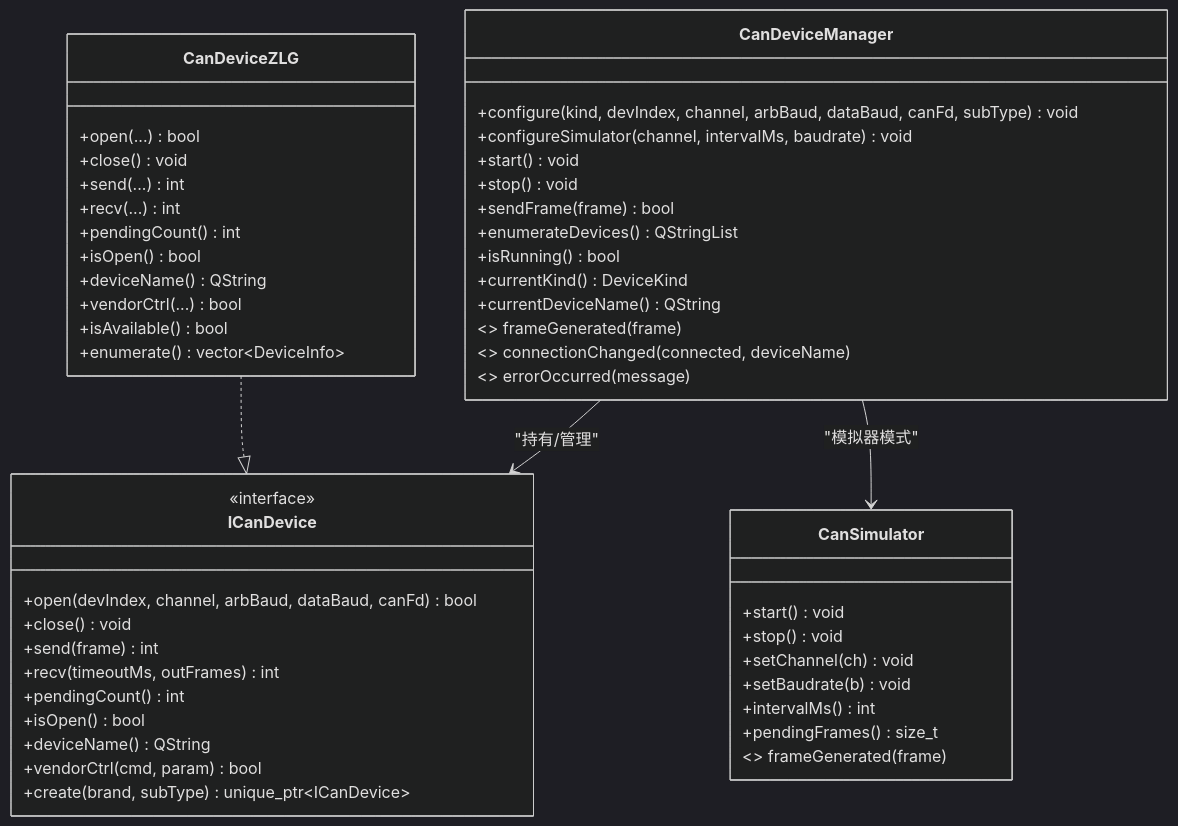
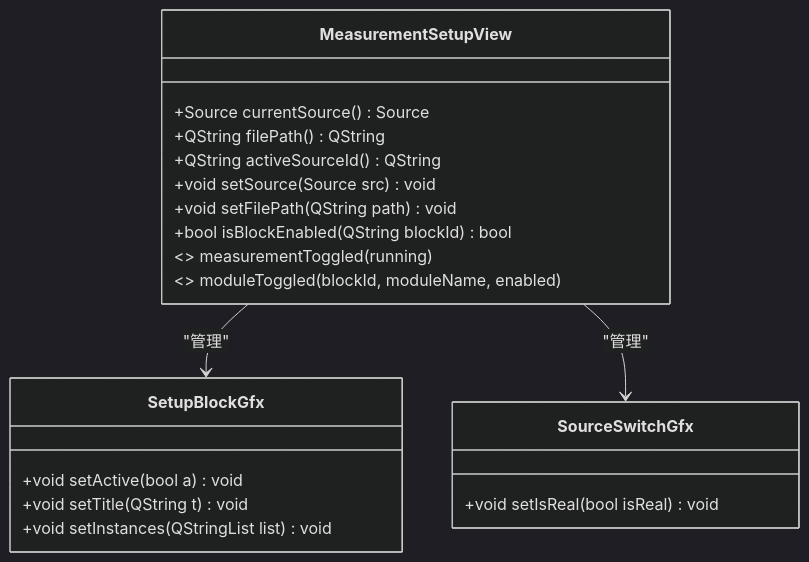
The fourth of 5 diagrams in .qoder/repowiki/zh/content/架构设计/UI系统设计/设备连接界面.md (jakecai1225-design/OpenBus), drawn with Mermaid (dark theme) before and after one commit. The commit also changed other lines of this file and 27 other files, not shown here.

````diff
--- a/.qoder/repowiki/zh/content/架构设计/UI系统设计/设备连接界面.md
+++ b/.qoder/repowiki/zh/content/架构设计/UI系统设计/设备连接界面.md
@@ -221,53 +239,23 @@
 ```mermaid
 classDiagram
-class CanDeviceManager {
-+configure(kind, devIndex, channel, arbBaud, dataBaud, canFd, subType) void
-+configureSimulator(channel, intervalMs, baudrate) void
-+start() void
-+stop() void
-+sendFrame(frame) bool
-+enumerateDevices() QStringList
-+isRunning() bool
-+currentKind() DeviceKind
-+currentDeviceName() QString
-<<signals>> frameGenerated(frame)
-<<signals>> connectionChanged(connected, deviceName)
-<<signals>> errorOccurred(message)
+class MeasurementSetupView {
++Source currentSource() Source
++QString filePath() QString
++QString activeSourceId() QString
++void setSource(Source src) void
++void setFilePath(QString path) void
++bool isBlockEnabled(QString blockId) bool
+<<signals>> measurementToggled(running)
+<<signals>> moduleToggled(blockId, moduleName, enabled)
 }
-class ICanDevice {
-<<interface>>
-+open(devIndex, channel, arbBaud, dataBaud, canFd) bool
-+close() void
-+send(frame) int
-+recv(timeoutMs, outFrames) int
-+pendingCount() int
-+isOpen() bool
-+deviceName() QString
-+vendorCtrl(cmd, param) bool
-+create(brand, subType) unique_ptr~ICanDevice~
+class SetupBlockGfx {
++void setActive(bool a) void
++void setTitle(QString t) void
++void setInstances(QStringList list) void
 }
-class CanDeviceZLG {
-+open(...) bool
-+close() void
-+send(...) int
-+recv(...) int
-+pendingCount() int
-+isOpen() bool
-+deviceName() QString
-+vendorCtrl(...) bool
-+isAvailable() bool
-+enumerate() vector~DeviceInfo~
+class SourceSwitchGfx {
++void setIsReal(bool isReal) void
 }
-class CanSimulator {
-+start() void
-+stop() void
-+setChannel(ch) void
-+setBaudrate(b) void
-+intervalMs() int
-+pendingFrames() size_t
-<<signals>> frameGenerated(frame)
-}
-CanDeviceManager --> ICanDevice : "持有/管理"
-CanDeviceZLG ..|> ICanDevice
-CanDeviceManager --> CanSimulator : "模拟器模式"
+MeasurementSetupView --> SetupBlockGfx : "管理"
+MeasurementSetupView --> SourceSwitchGfx : "管理"
 ```
````
